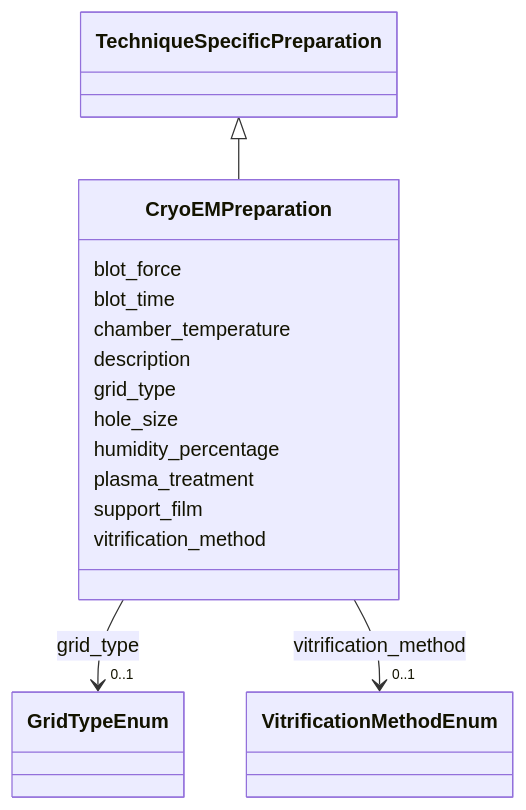
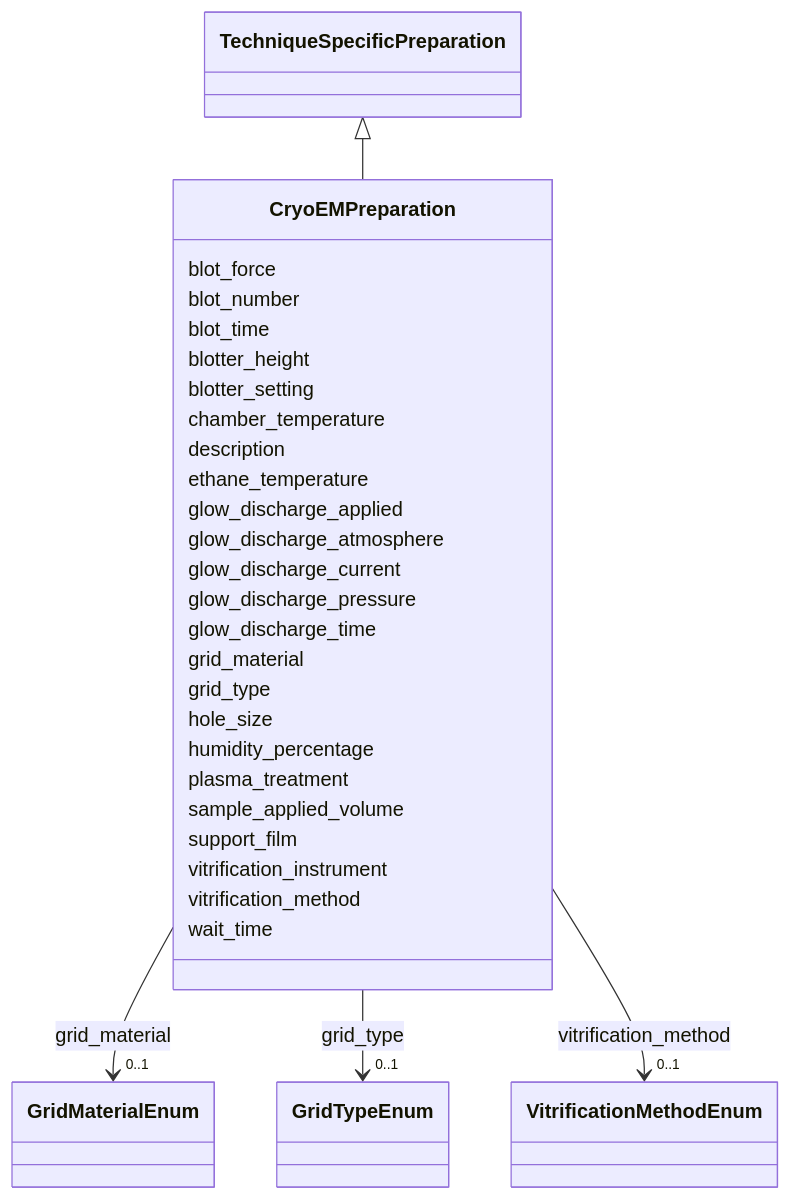
One commit to lambda-ber/lambda-ber-schema changed the diagram in docs/CryoEMPreparation.md. Above: the diagram before and after it, drawn with Mermaid. The commit also changed other lines of this file and 278 other files, not shown here.

````diff
--- a/docs/CryoEMPreparation.md
+++ b/docs/CryoEMPreparation.md
@@ -18,47 +18,82 @@
 ```mermaid
  classDiagram
     class CryoEMPreparation
     click CryoEMPreparation href "../CryoEMPreparation/"
       TechniqueSpecificPreparation <|-- CryoEMPreparation
         click TechniqueSpecificPreparation href "../TechniqueSpecificPreparation/"
       
       CryoEMPreparation : blot_force
         
+      CryoEMPreparation : blot_number
+        
       CryoEMPreparation : blot_time
+        
+      CryoEMPreparation : blotter_height
+        
+      CryoEMPreparation : blotter_setting
         
       CryoEMPreparation : chamber_temperature
         
       CryoEMPreparation : description
+        
+      CryoEMPreparation : ethane_temperature
+        
+      CryoEMPreparation : glow_discharge_applied
+        
+      CryoEMPreparation : glow_discharge_atmosphere
+        
+      CryoEMPreparation : glow_discharge_current
+        
+      CryoEMPreparation : glow_discharge_pressure
+        
+      CryoEMPreparation : glow_discharge_time
+        
+      CryoEMPreparation : grid_material
+        
+          
+    
+        
+        
+        CryoEMPreparation --> "0..1" GridMaterialEnum : grid_material
+        click GridMaterialEnum href "../GridMaterialEnum/"
+    
+
         
       CryoEMPreparation : grid_type
         
           
     
         
         
         CryoEMPreparation --> "0..1" GridTypeEnum : grid_type
         click GridTypeEnum href "../GridTypeEnum/"
     
 
         
       CryoEMPreparation : hole_size
         
       CryoEMPreparation : humidity_percentage
         
       CryoEMPreparation : plasma_treatment
         
+      CryoEMPreparation : sample_applied_volume
+        
       CryoEMPreparation : support_film
+        
+      CryoEMPreparation : vitrification_instrument
         
       CryoEMPreparation : vitrification_method
         
           
     
         
         
         CryoEMPreparation --> "0..1" VitrificationMethodEnum : vitrification_method
         click VitrificationMethodEnum href "../VitrificationMethodEnum/"
     
 
         
+      CryoEMPreparation : wait_time
+        
       
 ```
````
